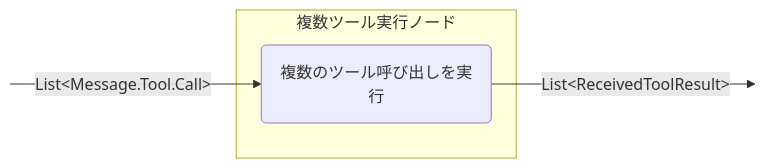
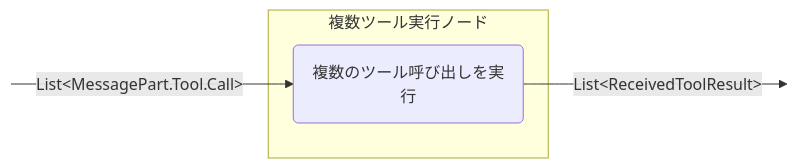
Before and after one commit to BinaryTape/Open-Docs: diagram 13 of 15 in docs/ja/koog/nodes-and-components.md, drawn with Mermaid. The commit also changed other lines of this file and 565 other files, not shown here.

````diff
--- a/docs/ja/koog/nodes-and-components.md
+++ b/docs/ja/koog/nodes-and-components.md
@@ -708,13 +724,13 @@
 ```mermaid
 graph LR
     in:::hidden
     out:::hidden
     
     subgraph node ["複数ツール実行ノード"]
         execute(複数のツール呼び出しを実行)
     end
     
-    in -- "List&lt;Message.Tool.Call&gt;" --> execute -- "List&lt;ReceivedToolResult&gt;" --> out
+    in -- "List&lt;MessagePart.Tool.Call&gt;" --> execute -- "List&lt;ReceivedToolResult&gt;" --> out
 
     classDef hidden display: none;
 ```
````
